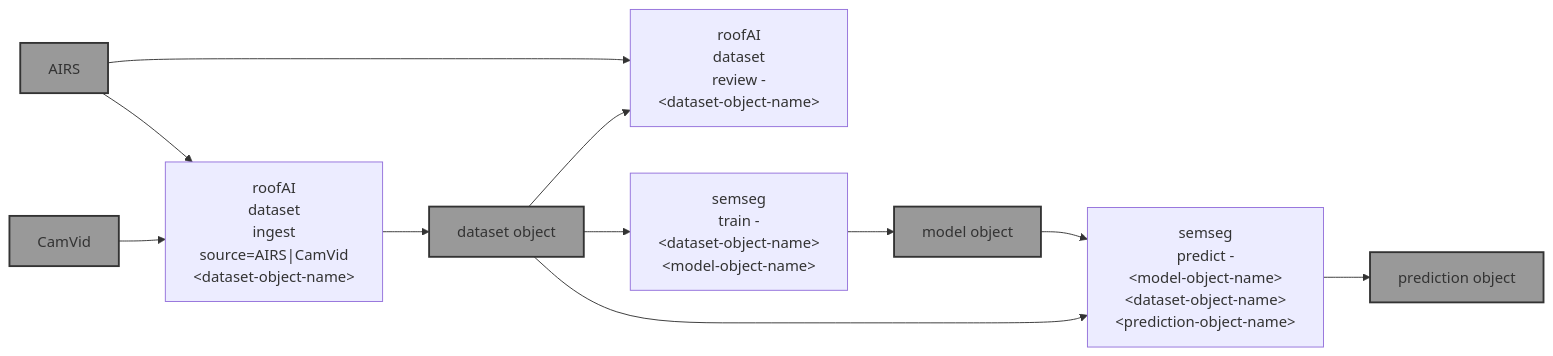
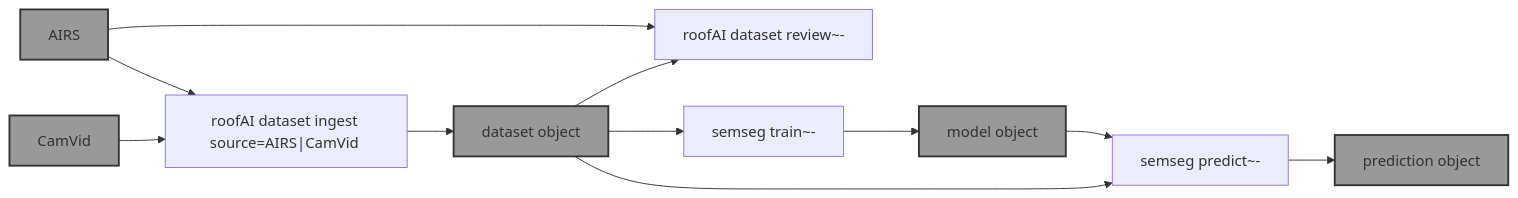
The diagram in template.md (kamangir/roofAI), drawn with Mermaid before and after one commit. The commit also changed 2 other files, not shown here.

Commit message:
start of mermaid-2025-01-16-k71bh5 🪄 - kamangir/bolt#746

````diff
--- a/template.md
+++ b/template.md
@@ -9,32 +9,32 @@
 ```mermaid
 graph LR
-    dataset_ingest["roofAI<br>dataset<br>ingest<br>source=AIRS|CamVid<br>&lt;dataset-object-name&gt;"]
+    dataset_ingest["roofAI dataset ingest source=AIRS|CamVid <dataset-object-name>"]
 
-    dataset_review["roofAI<br>dataset<br>review -<br>&lt;dataset-object-name&gt;"]
+    dataset_review["roofAI dataset review~- <dataset-object-name>"]
 
-    semseg_train["semseg<br>train -<br>&lt;dataset-object-name&gt;<br>&lt;model-object-name&gt;"]
+    semseg_train["semseg train~- <dataset-object-name> <model-object-name>"]
 
-    semseg_predict["semseg<br>predict -<br>&lt;model-object-name&gt;<br>&lt;dataset-object-name&gt;<br>&lt;prediction-object-name&gt;<br>"]
+    semseg_predict["semseg predict~- <model-object-name> <dataset-object-name> <prediction-object-name>"]
 
     AIRS["AIRS"]:::folder
     CamVid["CamVid"]:::folder
     dataset_object_name["dataset object"]:::folder
     model_object_name["model object"]:::folder
     prediction_object_name["prediction object"]:::folder
 
     AIRS --> dataset_ingest
     CamVid --> dataset_ingest
     dataset_ingest --> dataset_object_name
 
     AIRS --> dataset_review
     dataset_object_name --> dataset_review
 
     dataset_object_name --> semseg_train
     semseg_train --> model_object_name
 
     model_object_name --> semseg_predict
     dataset_object_name --> semseg_predict
     semseg_predict --> prediction_object_name
 
     classDef folder fill:#999,stroke:#333,stroke-width:2px;
 ```
````
